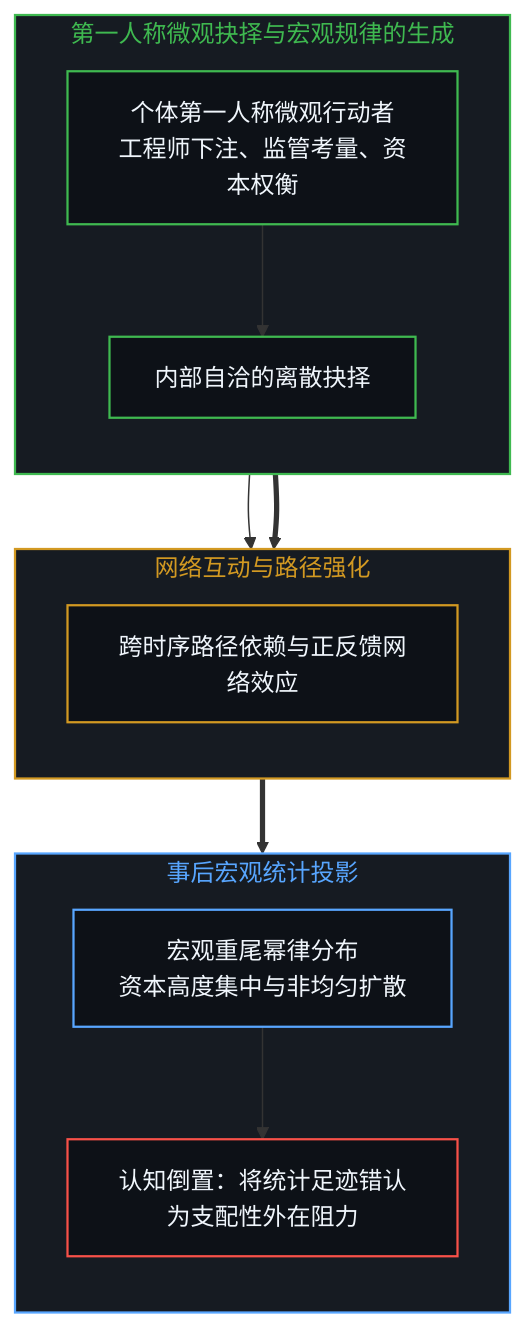
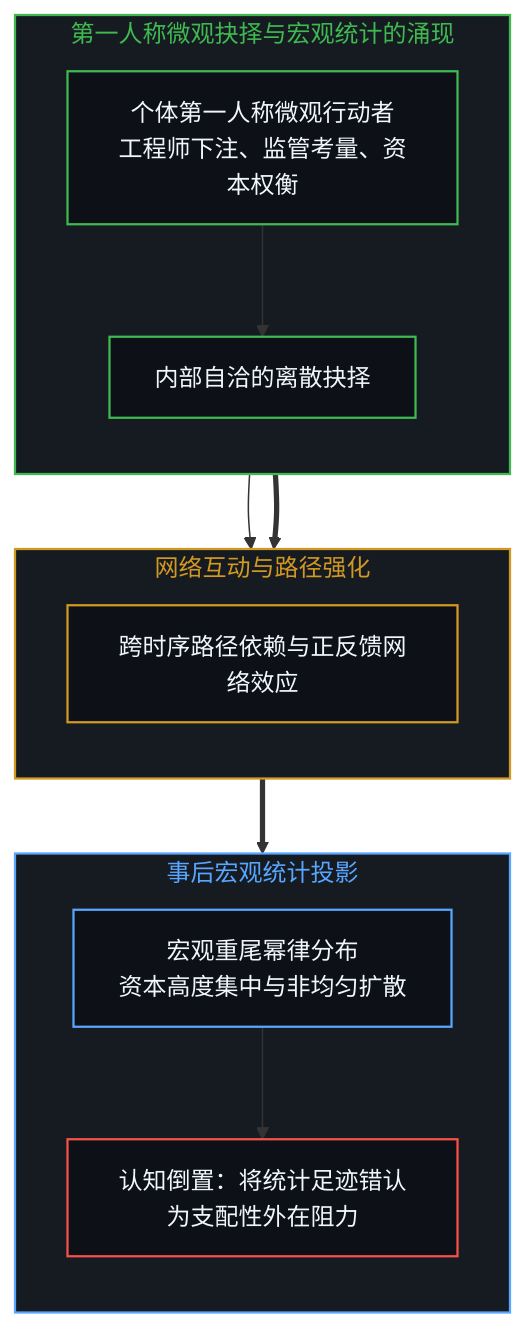
Before and after one commit to powerpig99/not-a-toe: diagram 11 of 14 in content/posts/beyond-the-hundred-trillion-horizon.md, drawn with Mermaid. The commit also changed other lines of this file and 4 other files, not shown here.

````diff
--- a/content/posts/beyond-the-hundred-trillion-horizon.md
+++ b/content/posts/beyond-the-hundred-trillion-horizon.md
@@ -437,35 +437,35 @@
 ```mermaid
 flowchart TD
     classDef default fill:#0d1117,stroke:#30363d,stroke-width:1px,color:#f0f6fc;
     classDef mind fill:#0d1117,stroke:#3fb950,stroke-width:1.5px,color:#f0f6fc;
     classDef warn fill:#0d1117,stroke:#d29922,stroke-width:1.5px,color:#f0f6fc;
     classDef fail fill:#0d1117,stroke:#f85149,stroke-width:1.5px,color:#f0f6fc;
     classDef model fill:#0d1117,stroke:#58a6ff,stroke-width:1.5px,color:#f0f6fc;
 
-    subgraph S_CHOICE_ZH ["第一人称微观抉择与宏观规律的生成"]
+    subgraph S_CHOICE_ZH ["第一人称微观抉择与宏观统计的涌现"]
         direction TB
         MIND["个体第一人称微观行动者<br/>工程师下注、监管考量、资本权衡"]:::mind
         ACT["内部自洽的离散抉择"]:::mind
         MIND --> ACT
     end
 
     subgraph S_CASCADE_ZH ["网络互动与路径强化"]
         direction TB
         CORR["跨时序路径依赖与正反馈网络效应"]:::warn
         ACT --> CORR
     end
 
     subgraph S_MACRO_ZH ["事后宏观统计投影"]
         direction TB
         STAT["宏观重尾幂律分布<br/>资本高度集中与非均匀扩散"]:::model
         ILLUSION["认知倒置：将统计足迹错认为支配性外在阻力"]:::fail
         STAT --> ILLUSION
     end
 
     S_CHOICE_ZH ==> S_CASCADE_ZH
     S_CASCADE_ZH ==> S_MACRO_ZH
 
     style S_CHOICE_ZH fill:#161b22,stroke:#3fb950,stroke-width:1.5px,color:#3fb950
     style S_CASCADE_ZH fill:#161b22,stroke:#d29922,stroke-width:1.5px,color:#d29922
     style S_MACRO_ZH fill:#161b22,stroke:#58a6ff,stroke-width:1.5px,color:#58a6ff
 ```
````
